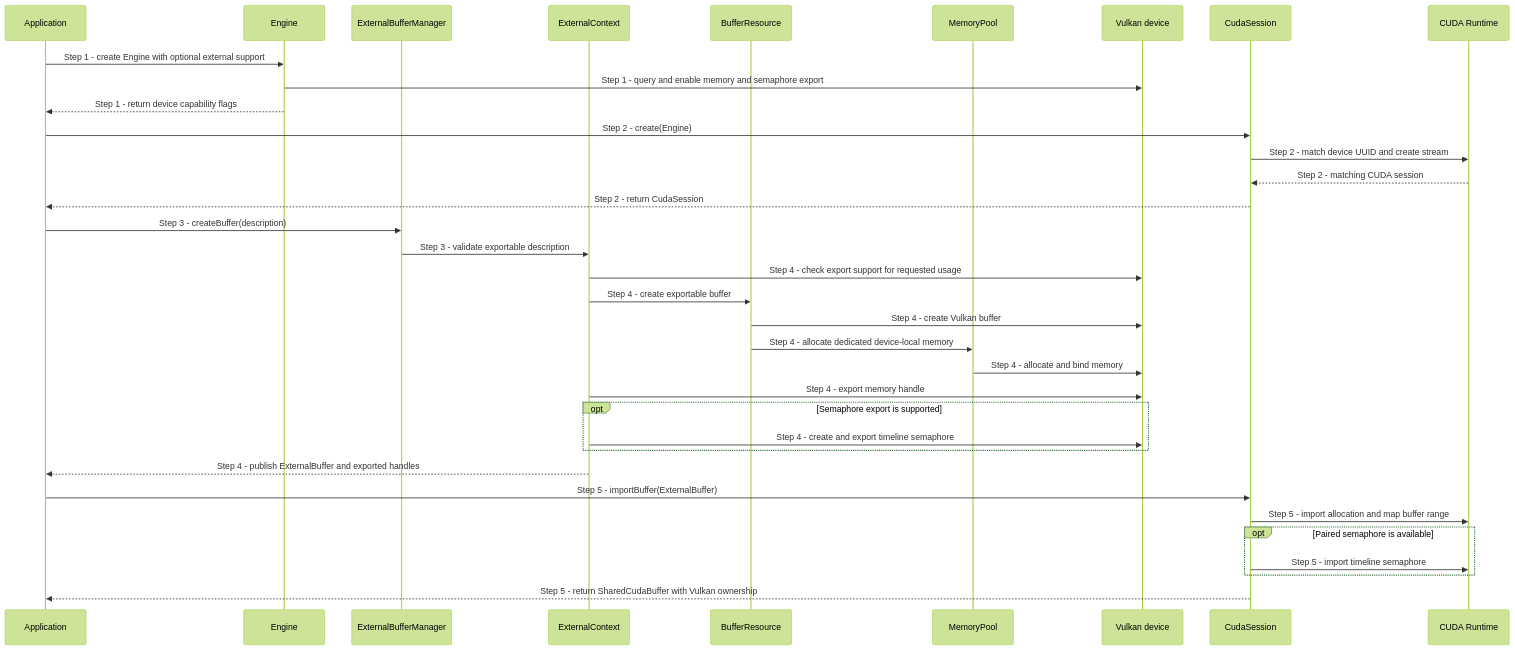
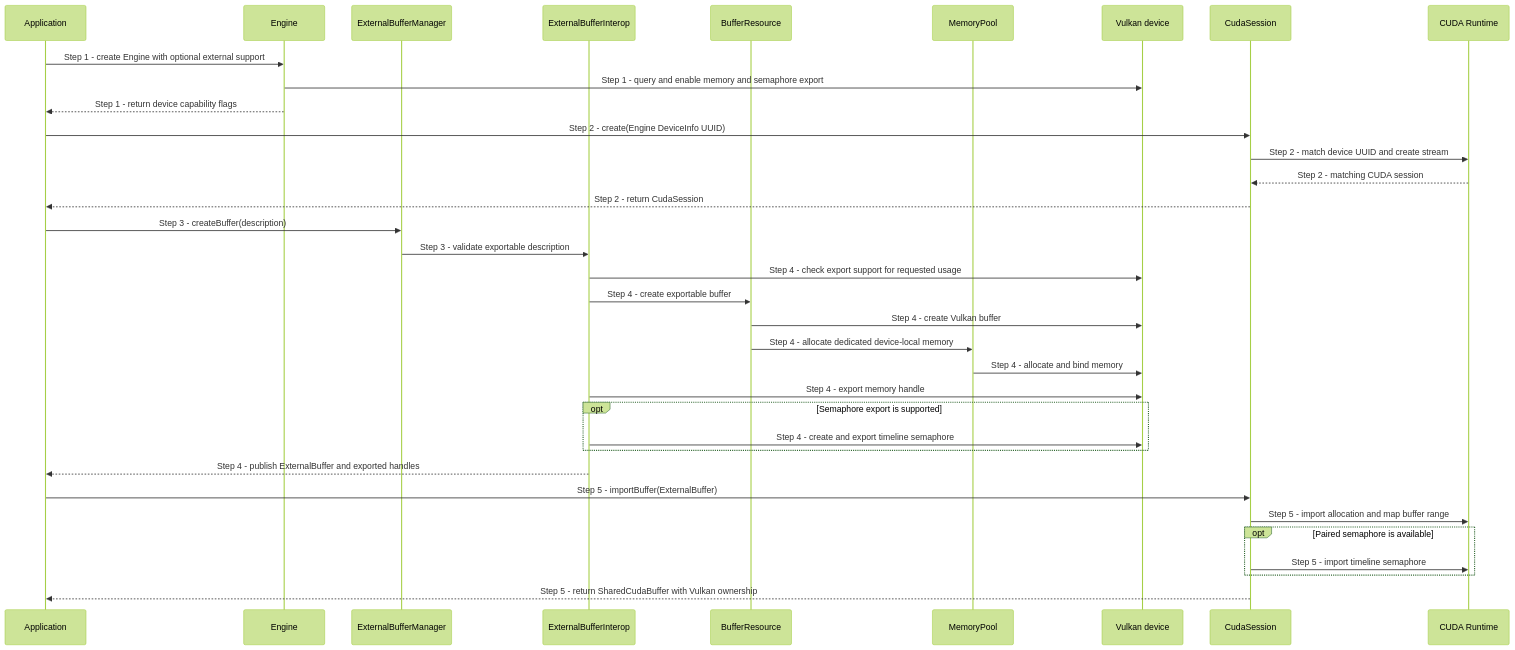
Before and after one commit to a-soltysik/Panda: the diagram in docs/use-cases/create-external-buffer.md, drawn with Mermaid (forest theme). The commit also changed other lines of this file and 40 other files, not shown here.

````diff
--- a/docs/use-cases/create-external-buffer.md
+++ b/docs/use-cases/create-external-buffer.md
@@ -45,37 +45,37 @@
 ```mermaid
 sequenceDiagram
     participant A as Application
     participant C as Engine
     participant X as ExternalBufferManager
-    participant E as ExternalContext
+    participant E as ExternalBufferInterop
     participant B as BufferResource
     participant M as MemoryPool
     participant V as Vulkan device
     participant S as CudaSession
     participant R as CUDA Runtime
     A->>C: Step 1 - create Engine with optional external support
     C->>V: Step 1 - query and enable memory and semaphore export
     C-->>A: Step 1 - return device capability flags
-    A->>S: Step 2 - create(Engine)
+    A->>S: Step 2 - create(Engine DeviceInfo UUID)
     S->>R: Step 2 - match device UUID and create stream
     R-->>S: Step 2 - matching CUDA session
     S-->>A: Step 2 - return CudaSession
     A->>X: Step 3 - createBuffer(description)
     X->>E: Step 3 - validate exportable description
     E->>V: Step 4 - check export support for requested usage
     E->>B: Step 4 - create exportable buffer
     B->>V: Step 4 - create Vulkan buffer
     B->>M: Step 4 - allocate dedicated device-local memory
     M->>V: Step 4 - allocate and bind memory
     E->>V: Step 4 - export memory handle
     opt Semaphore export is supported
         E->>V: Step 4 - create and export timeline semaphore
     end
     E-->>A: Step 4 - publish ExternalBuffer and exported handles
     A->>S: Step 5 - importBuffer(ExternalBuffer)
     S->>R: Step 5 - import allocation and map buffer range
     opt Paired semaphore is available
         S->>R: Step 5 - import timeline semaphore
     end
     S-->>A: Step 5 - return SharedCudaBuffer with Vulkan ownership
 ```
````
